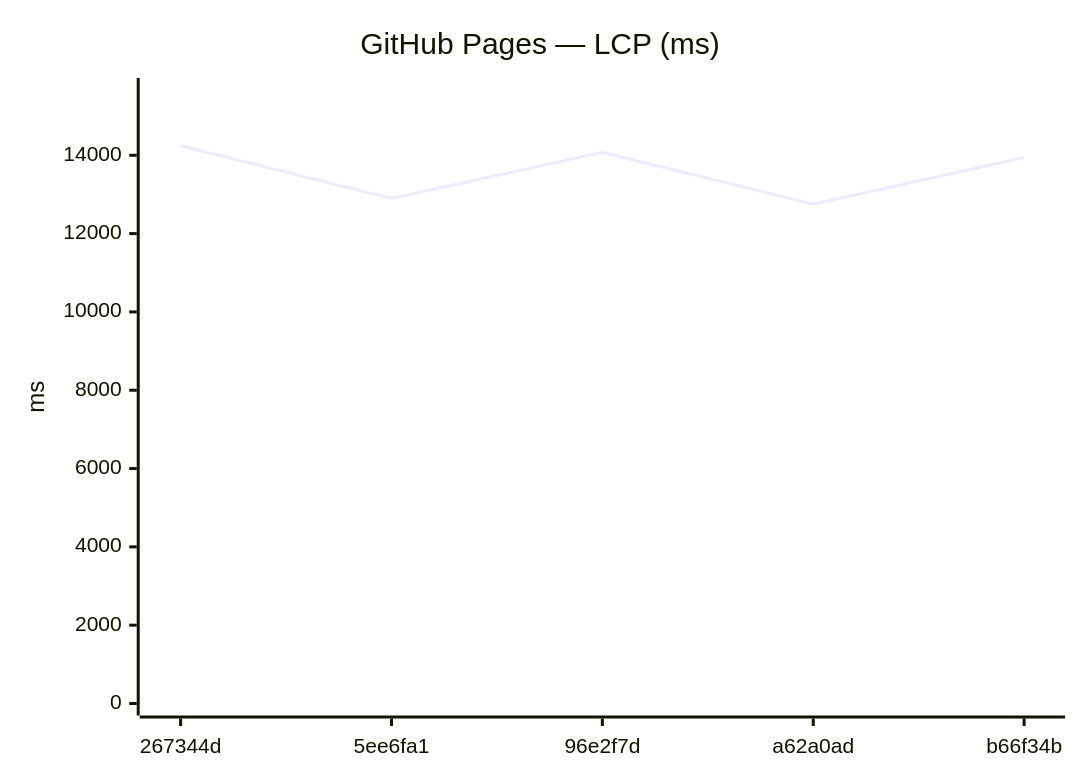
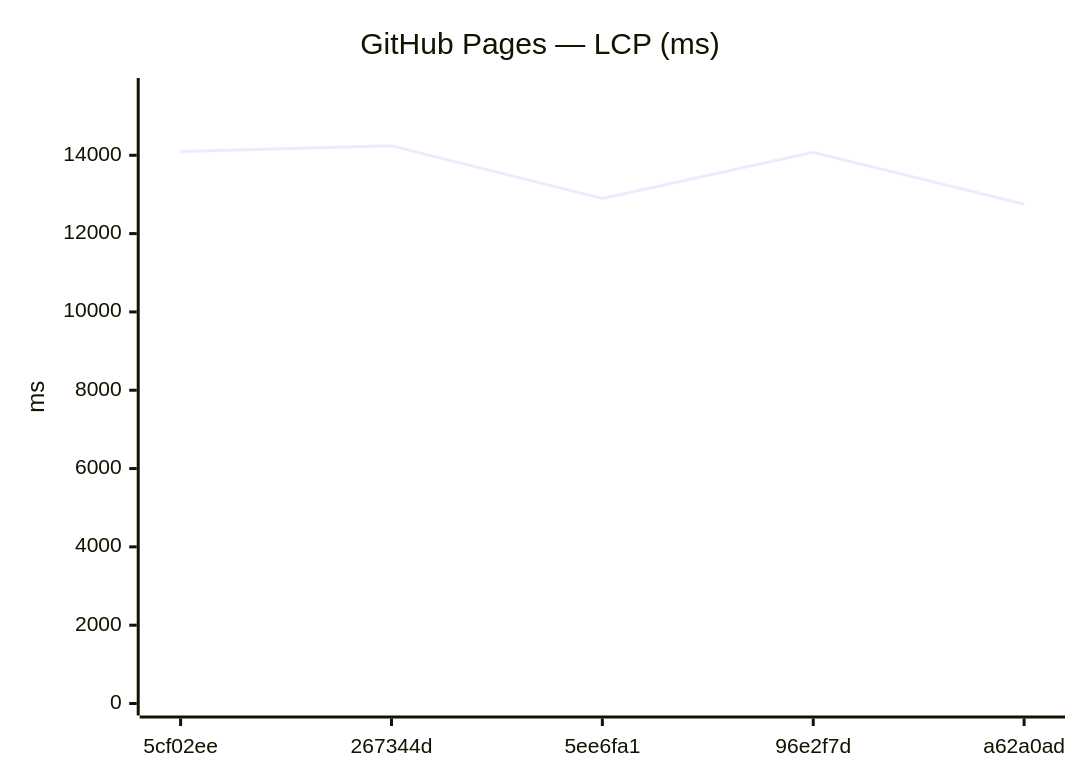
The ninth of 18 diagrams in benchmarks/compare.md (Metaheurist/Rianell), drawn with Mermaid before and after one commit. The commit also changed other lines of this file and 11 other files, not shown here.

````diff
--- a/benchmarks/compare.md
+++ b/benchmarks/compare.md
@@ -142,7 +142,7 @@
 ```mermaid
 xychart-beta
     title "GitHub Pages — LCP (ms)"
-    x-axis ["267344d", "5ee6fa1", "96e2f7d", "a62a0ad", "b66f34b"]
+    x-axis ["5cf02ee", "267344d", "5ee6fa1", "96e2f7d", "a62a0ad"]
     y-axis "ms" 0 --> 15667
-    line [14242, 12895, 14078, 12749, 13943]
+    line [14098, 14242, 12895, 14078, 12749]
 ```
````
